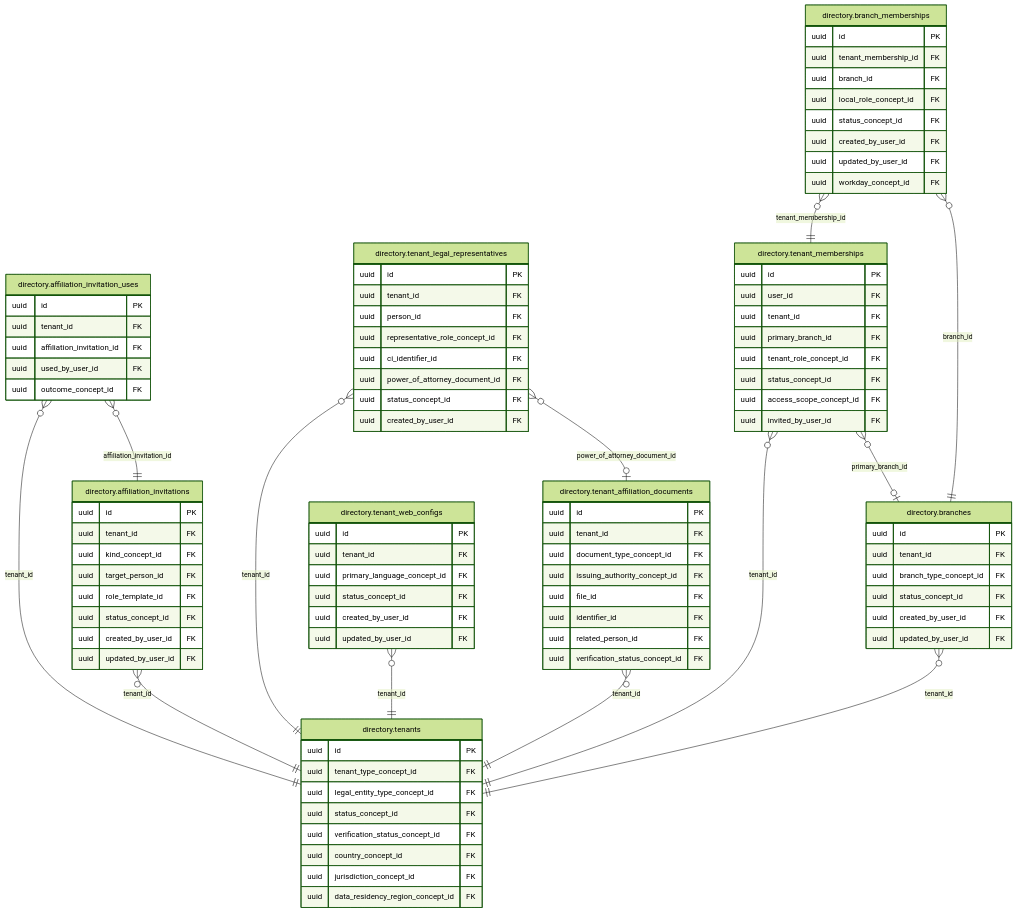
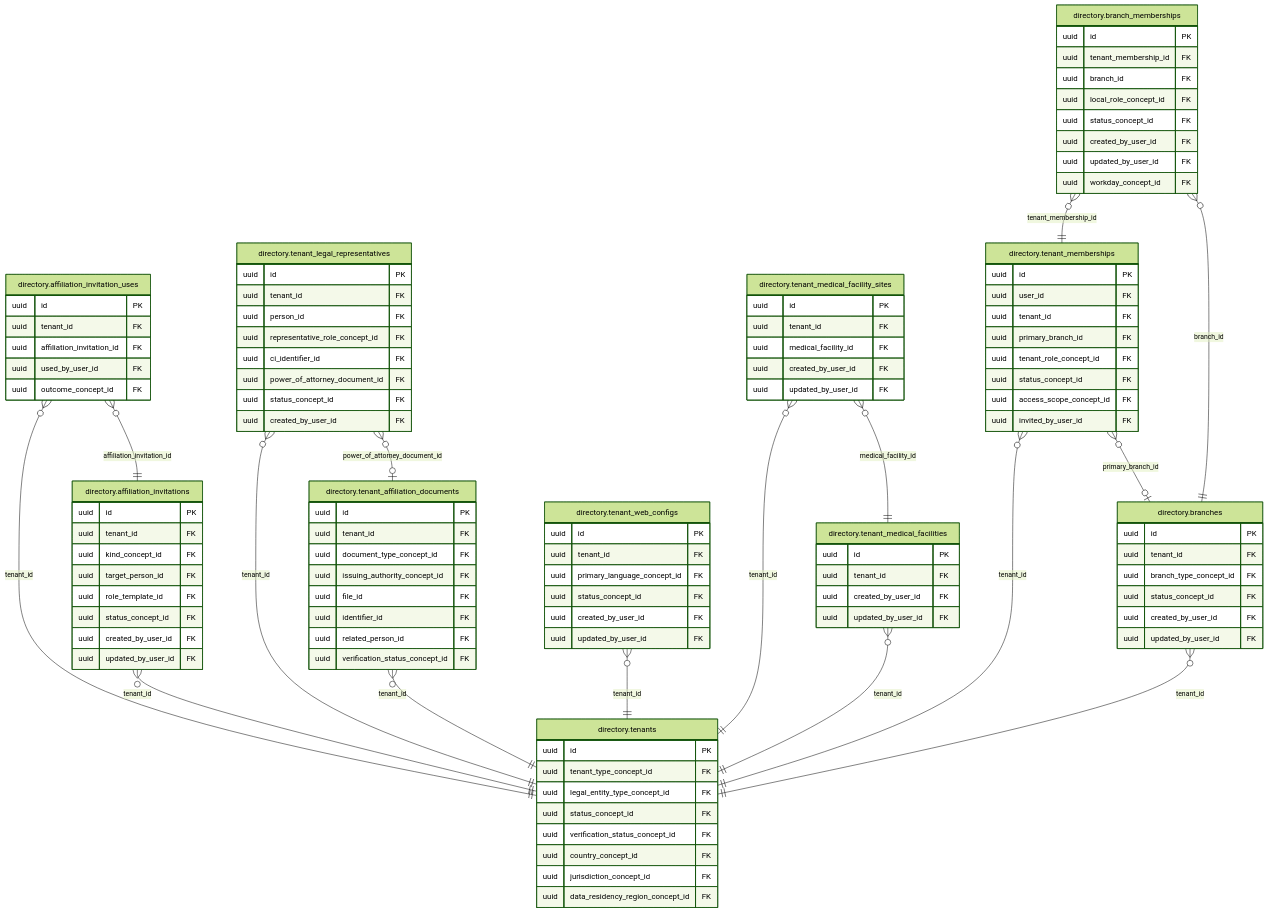
The diagram in docs/inventario/catalogo/directory.md (mdavila-2001/mantra-core-health-api), drawn with Mermaid (forest theme) before and after one commit. The commit also changed other lines of this file and 118 other files, not shown here.

```diff
--- a/docs/inventario/catalogo/directory.md
+++ b/docs/inventario/catalogo/directory.md
@@ -83,6 +85,19 @@
     uuid status_concept_id FK
     uuid created_by_user_id FK
   }
+  directory_tenant_medical_facilities["directory.tenant_medical_facilities"] {
+    uuid id PK
+    uuid tenant_id FK
+    uuid created_by_user_id FK
+    uuid updated_by_user_id FK
+  }
+  directory_tenant_medical_facility_sites["directory.tenant_medical_facility_sites"] {
+    uuid id PK
+    uuid tenant_id FK
+    uuid medical_facility_id FK
+    uuid created_by_user_id FK
+    uuid updated_by_user_id FK
+  }
   directory_tenant_memberships["directory.tenant_memberships"] {
     uuid id PK
     uuid user_id FK
@@ -118,6 +133,9 @@
   directory_tenant_affiliation_documents }o--|| directory_tenants : "tenant_id"
   directory_tenant_legal_representatives }o--|| directory_tenants : "tenant_id"
   directory_tenant_legal_representatives }o--o| directory_tenant_affiliation_documents : "power_of_attorney_document_id"
+  directory_tenant_medical_facilities }o--|| directory_tenants : "tenant_id"
+  directory_tenant_medical_facility_sites }o--|| directory_tenants : "tenant_id"
+  directory_tenant_medical_facility_sites }o--|| directory_tenant_medical_facilities : "medical_facility_id"
   directory_tenant_memberships }o--|| directory_tenants : "tenant_id"
   directory_tenant_memberships }o--o| directory_branches : "primary_branch_id"
   directory_tenant_web_configs }o--|| directory_tenants : "tenant_id"
```
